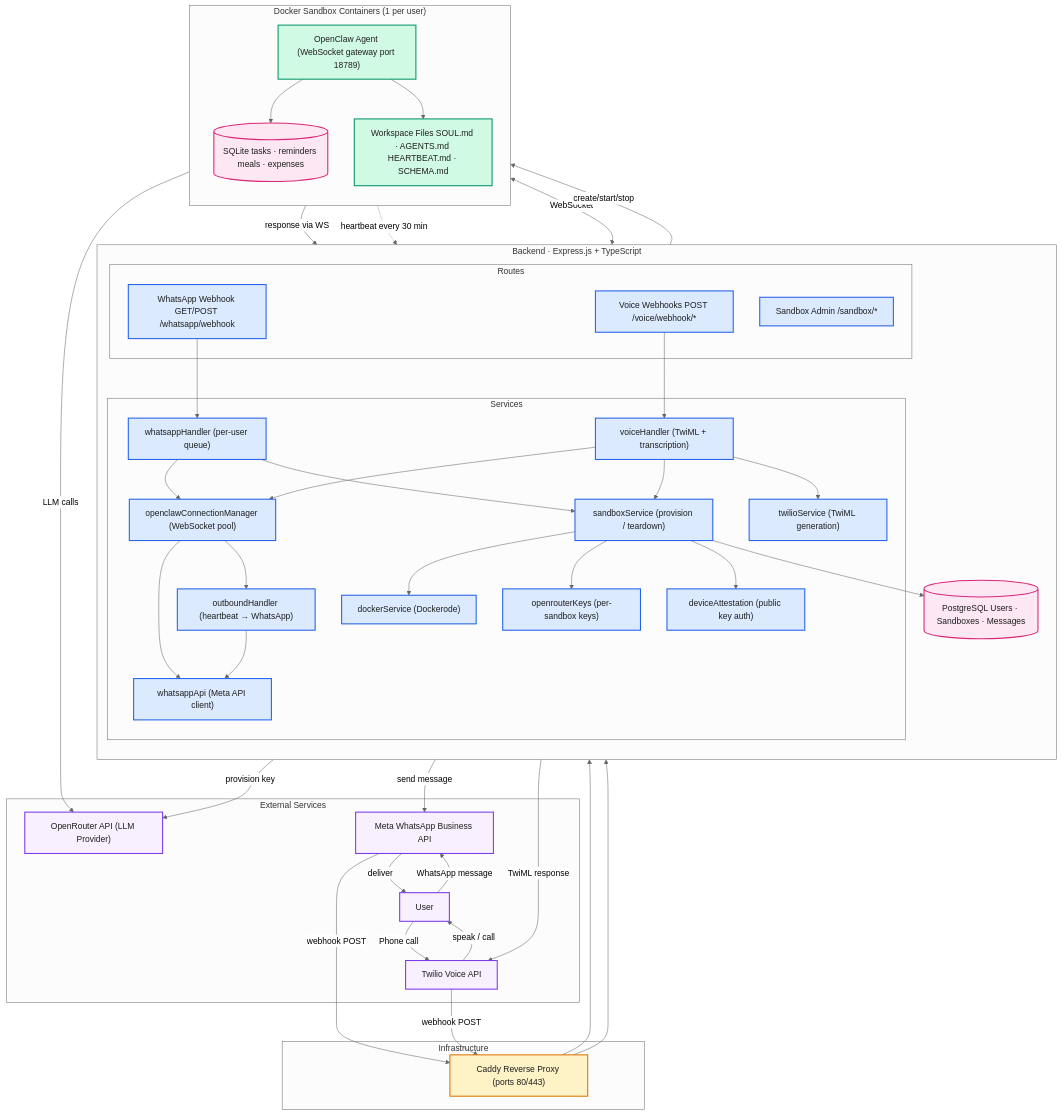
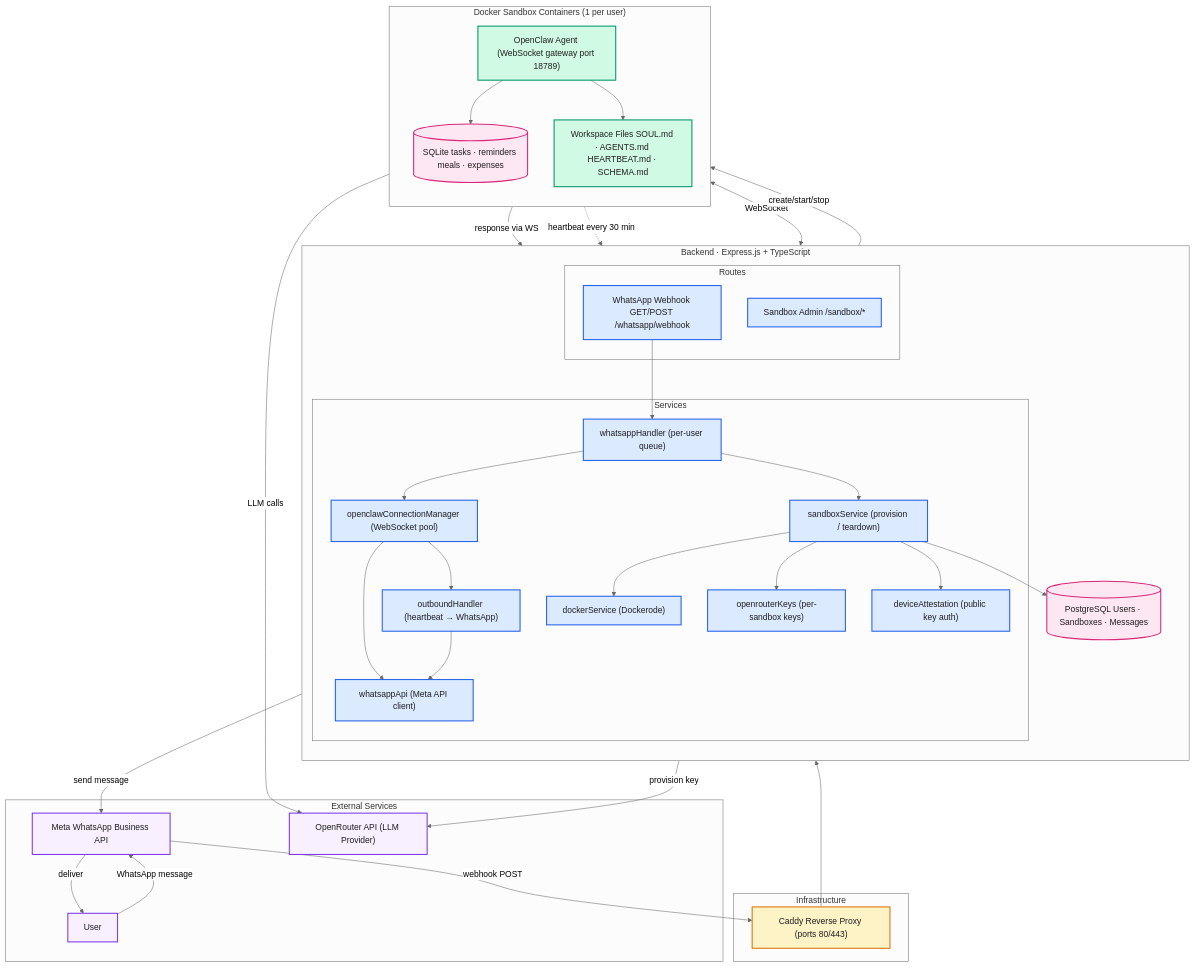
The first of 5 diagrams in diagrams/architecture.md (pettiboy/clawkaka), drawn with Mermaid (neutral theme) before and after one commit. The commit also changed other lines of this file and 74 other files, not shown here.

````diff
--- a/diagrams/architecture.md
+++ b/diagrams/architecture.md
@@ -7,7 +7,6 @@
     subgraph External["External Services"]
         User["User"]
         MetaAPI["Meta WhatsApp Business API"]
-        TwilioAPI["Twilio Voice API"]
         OpenRouterAPI["OpenRouter API (LLM Provider)"]
     end
 
@@ -20,16 +19,13 @@
 
         subgraph Routes["Routes"]
             WAWebhook["WhatsApp Webhook GET/POST /whatsapp/webhook"]
-            VoiceWebhook["Voice Webhooks POST /voice/webhook/*"]
             SandboxRoute["Sandbox Admin /sandbox/*"]
         end
 
         subgraph Services["Services"]
             WAHandler["whatsappHandler (per-user queue)"]
-            VoiceHandler["voiceHandler (TwiML + transcription)"]
             OutboundHandler["outboundHandler (heartbeat → WhatsApp)"]
             WAApiClient["whatsappApi (Meta API client)"]
-            TwilioSvc["twilioService (TwiML generation)"]
             ConnMgr["openclawConnectionManager (WebSocket pool)"]
             SandboxSvc["sandboxService (provision / teardown)"]
             DockerSvc["dockerService (Dockerode)"]
@@ -49,24 +45,17 @@
 
     %% ── User channels ──
     User -->|"WhatsApp message"| MetaAPI
-    User -->|"Phone call"| TwilioAPI
 
     %% ── Inbound to backend ──
     MetaAPI -->|"webhook POST"| Caddy
-    TwilioAPI -->|"webhook POST"| Caddy
     Caddy --> WAWebhook
-    Caddy --> VoiceWebhook
 
     %% ── Route → Service ──
     WAWebhook --> WAHandler
-    VoiceWebhook --> VoiceHandler
 
     %% ── Handler flows ──
     WAHandler --> ConnMgr
     WAHandler --> SandboxSvc
-    VoiceHandler --> ConnMgr
-    VoiceHandler --> SandboxSvc
-    VoiceHandler --> TwilioSvc
 
     %% ── Sandbox provisioning ──
     SandboxSvc --> DockerSvc
@@ -87,9 +76,6 @@
     WAApiClient -->|"send message"| MetaAPI
     MetaAPI -->|"deliver"| User
 
-    TwilioSvc -->|"TwiML response"| TwilioAPI
-    TwilioAPI -->|"speak / call"| User
-
     %% ── Sandbox internals ──
     OpenClaw --> SQLite
     OpenClaw --> Workspace
@@ -105,9 +91,9 @@
     classDef db fill:#fce7f3,stroke:#db2777,stroke-width:2px,color:#1e1e1e
     classDef sandbox fill:#d1fae5,stroke:#059669,stroke-width:2px,color:#1e1e1e
 
-    class User,MetaAPI,TwilioAPI,OpenRouterAPI external
+    class User,MetaAPI,OpenRouterAPI external
     class Caddy infra
-    class WAWebhook,VoiceWebhook,SandboxRoute,WAHandler,VoiceHandler,OutboundHandler,WAApiClient,TwilioSvc,ConnMgr,SandboxSvc,DockerSvc,ORKeys,DeviceAttest backend
+    class WAWebhook,SandboxRoute,WAHandler,OutboundHandler,WAApiClient,ConnMgr,SandboxSvc,DockerSvc,ORKeys,DeviceAttest backend
     class Postgres,SQLite db
     class OpenClaw,Workspace sandbox
 ```
````
